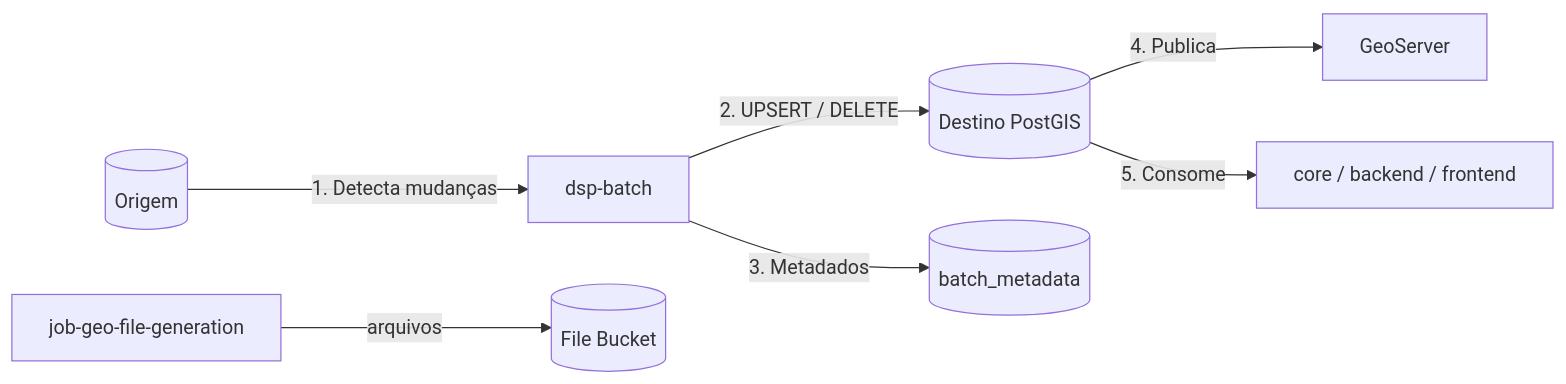
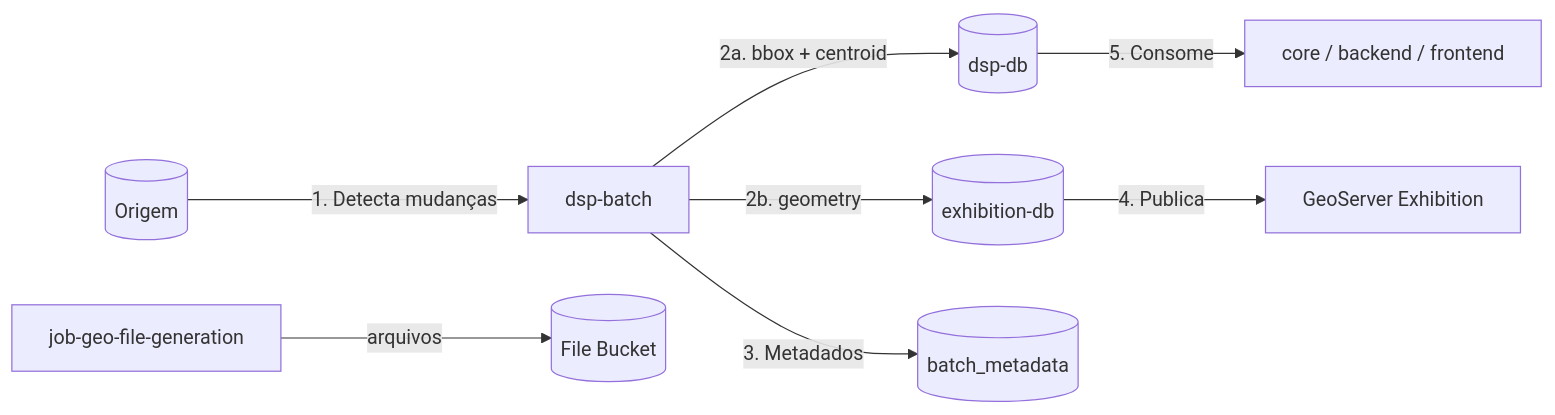
Before and after one commit to kleber-albino/rer-dsp-docs: the fourth of 5 diagrams in docs/architecture/overview.md, drawn with Mermaid. The commit also changed other lines of this file and 11 other files, not shown here.

First line of the commit message:
docs: remove outdated diagram options and update migration/architecture docs for dual-db setup

````diff
--- a/docs/architecture/overview.md
+++ b/docs/architecture/overview.md
@@ -170,9 +171,10 @@
 ```mermaid
 flowchart LR
   A[(Origem)] -->|1. Detecta mudanças| B[dsp-batch]
-  B -->|2. UPSERT / DELETE| C[(Destino PostGIS)]
+  B -->|2a. bbox + centroid| C[(dsp-db)]
+  B -->|2b. geometry| E[(exhibition-db)]
   B -->|3. Metadados| D[(batch_metadata)]
-  C -->|4. Publica| E[GeoServer]
+  E -->|4. Publica| G[GeoServer Exhibition]
   C -->|5. Consome| F[core / backend / frontend]
-  G[job-geo-file-generation]-->|arquivos| H[(File Bucket)] 
+  H[job-geo-file-generation]-->|arquivos| I[(File Bucket)] 
 ```
````
